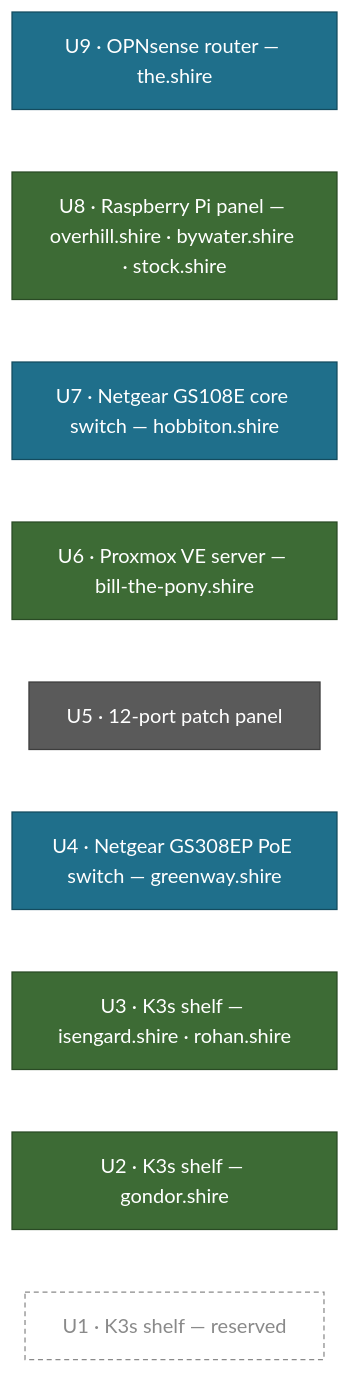
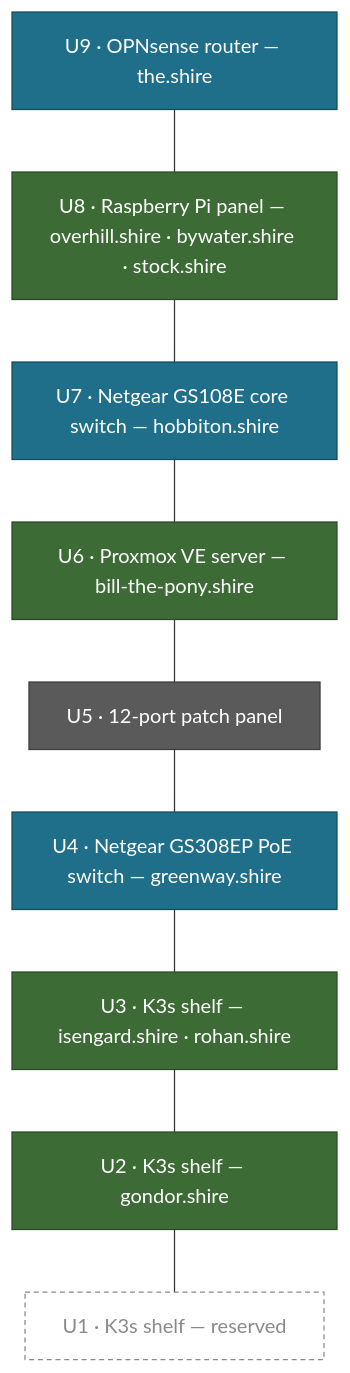
The diagram in Infrastructure/Rack Layout.md (reboot-required/homelab), drawn with Mermaid before and after one commit. The commit also changed 9 other files, not shown here.

First line of the commit message:
docs(networking): rewrite the network documentation with Mermaid diagrams

````diff
--- a/Infrastructure/Rack Layout.md
+++ b/Infrastructure/Rack Layout.md
@@ -13,24 +13,24 @@
 ```mermaid
 flowchart TD
     U9["U9 · OPNsense router — the.shire"]
     U8["U8 · Raspberry Pi panel — overhill.shire · bywater.shire · stock.shire"]
     U7["U7 · Netgear GS108E core switch — hobbiton.shire"]
     U6["U6 · Proxmox VE server — bill-the-pony.shire"]
     U5["U5 · 12-port patch panel"]
     U4["U4 · Netgear GS308EP PoE switch — greenway.shire"]
     U3["U3 · K3s shelf — isengard.shire · rohan.shire"]
     U2["U2 · K3s shelf — gondor.shire"]
     U1["U1 · K3s shelf — reserved"]
 
-    U9 ~~~ U8 ~~~ U7 ~~~ U6 ~~~ U5 ~~~ U4 ~~~ U3 ~~~ U2 ~~~ U1
+    U9 --- U8 --- U7 --- U6 --- U5 --- U4 --- U3 --- U2 --- U1
 
     classDef net fill:#1f6f8b,stroke:#134b5f,color:#fff
     classDef srv fill:#3d6b35,stroke:#294a24,color:#fff
     classDef pas fill:#5a5a5a,stroke:#3d3d3d,color:#fff
     classDef free fill:none,stroke:#8a8a8a,color:#8a8a8a,stroke-dasharray:4 3
 
     class U9,U7,U4 net
     class U8,U6,U3,U2 srv
     class U5 pas
     class U1 free
 ```
````
